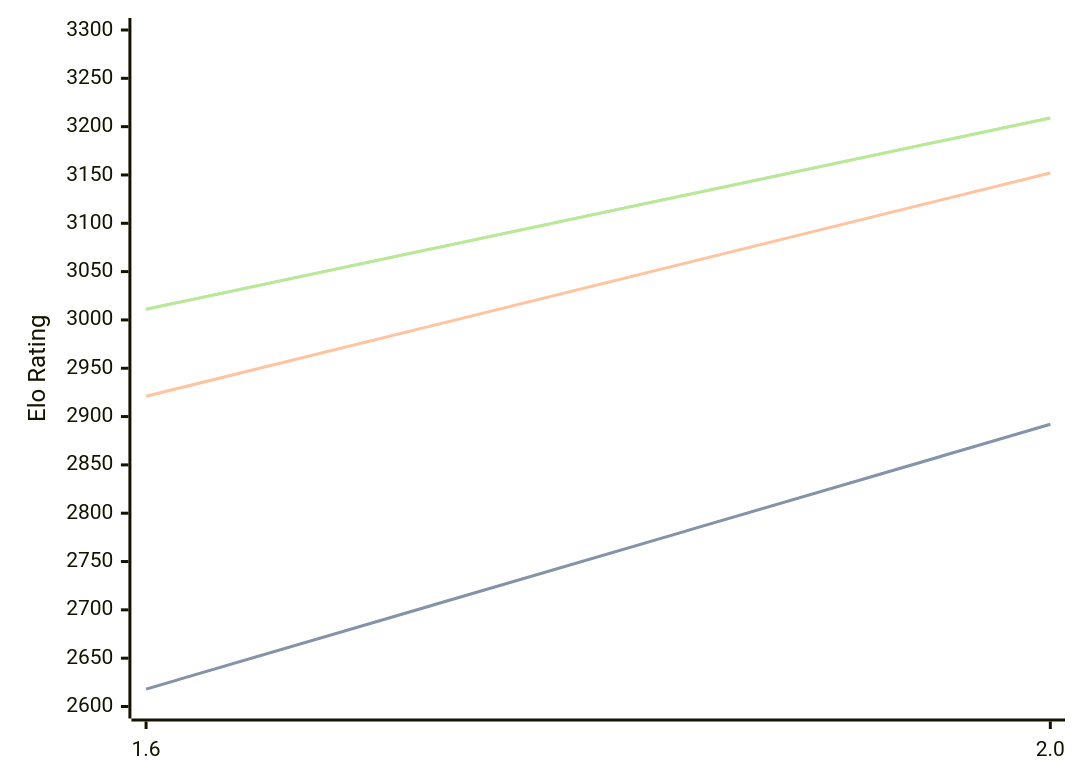
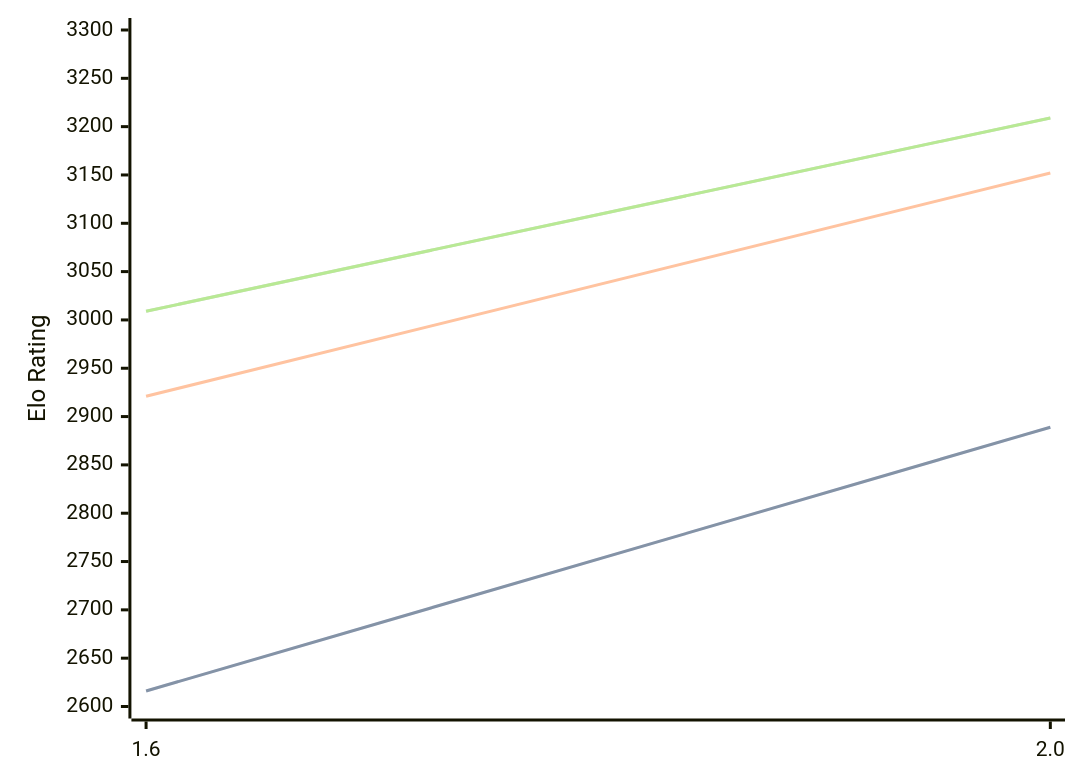
One commit to computer-chess-index/cci changed the diagram in engines/Onyx.md. Above: the diagram before and after it, drawn with Mermaid. The commit also changed other lines of this file, not shown here.

Commit message:
Update CCI Ratings (ELO VLTC) - 2026-08-07

````diff
--- a/engines/Onyx.md
+++ b/engines/Onyx.md
@@ -32,11 +32,11 @@
 ```mermaid
 %%{init: {"theme":"base","themeVariables":{"seriesColors:['#a3a3a3','#222221','#faa371']}}}%%
 xychart-beta
   x-axis ["1.6", "2.0"]
   y-axis "Elo Rating" 2600 --> 3300
-  line "STC (8.0+0.08s)" [2618, 2892]
-  line "STC (8.0+0.08s)" [2618, 2892]
+  line "STC (8.0+0.08s)" [2616, 2889]
+  line "STC (8.0+0.08s)" [2616, 2889]
   line "LTC (60.0+0.60s)" [2921, 3152]
-  line "VLTC (2m24s+1.12s)" [3011, 3209]
-  line "VLTC (2m24s+1.12s)" [3011, 3209]
+  line "VLTC (2m24s+1.12s)" [3009, 3209]
+  line "VLTC (2m24s+1.12s)" [3009, 3209]
 ```
````
